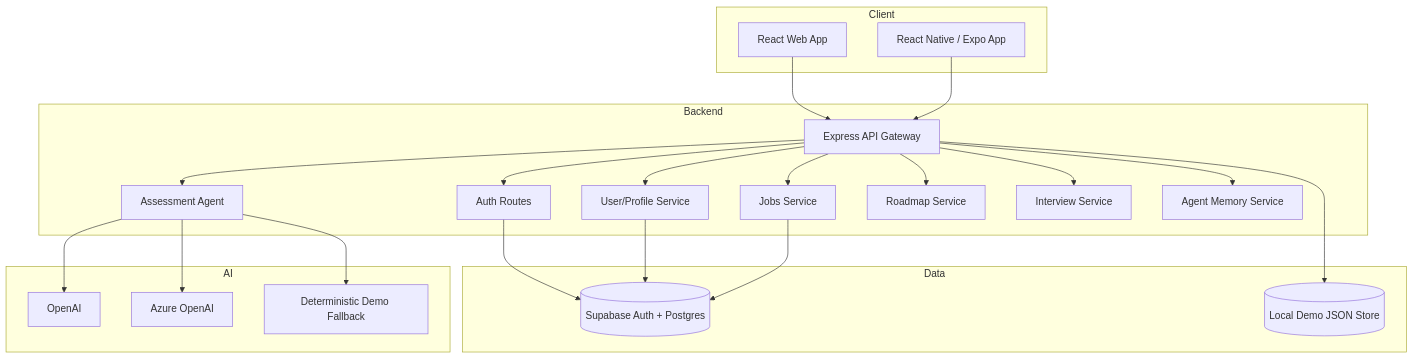
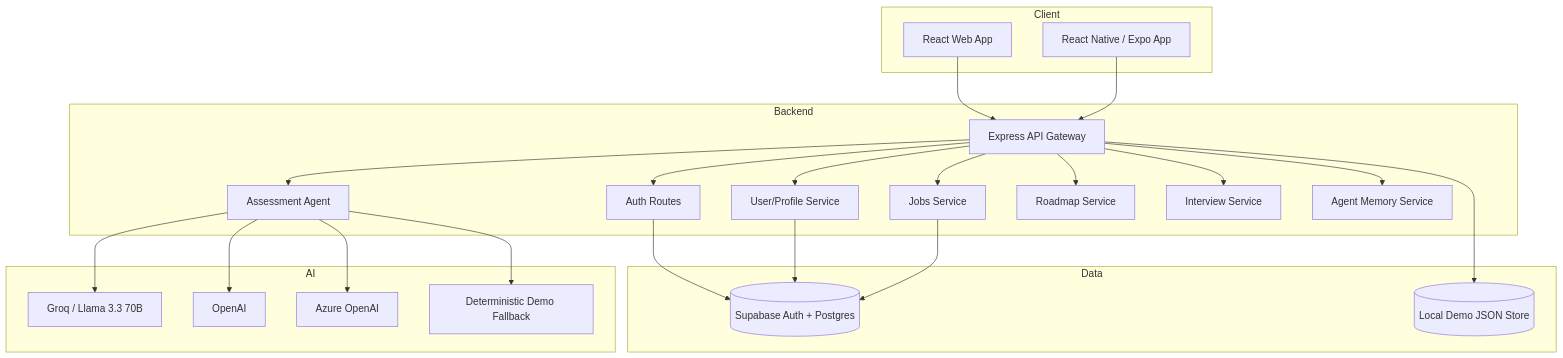
Before and after one commit to Vanduc127845/Avora-main: the diagram in README.md, drawn with Mermaid. The commit also changed other lines of this file and 2 other files, not shown here.

First line of the commit message:
Add Render deploy config, fix API deps, update README with Groq and deploy guide

````diff
--- a/README.md
+++ b/README.md
@@ -35,46 +35,48 @@
 ```mermaid
 flowchart TD
   subgraph Client
     Web[React Web App]
     Mobile[React Native / Expo App]
   end
 
   subgraph Backend
     API[Express API Gateway]
     Auth[Auth Routes]
     Users[User/Profile Service]
     Jobs[Jobs Service]
     Assessment[Assessment Agent]
     Roadmaps[Roadmap Service]
     Interviews[Interview Service]
     Memory[Agent Memory Service]
   end
 
   subgraph Data
     Supabase[(Supabase Auth + Postgres)]
     Demo[(Local Demo JSON Store)]
   end
 
   subgraph AI
+    Groq[Groq / Llama 3.3 70B]
     OpenAI[OpenAI]
     AzureOpenAI[Azure OpenAI]
     Fallback[Deterministic Demo Fallback]
   end
 
   Web --> API
   Mobile --> API
   API --> Auth
   API --> Users
   API --> Jobs
   API --> Assessment
   API --> Roadmaps
   API --> Interviews
   API --> Memory
   Auth --> Supabase
   Users --> Supabase
   Jobs --> Supabase
+  Assessment --> Groq
   Assessment --> OpenAI
   Assessment --> AzureOpenAI
   Assessment --> Fallback
   API --> Demo
 ```
````
